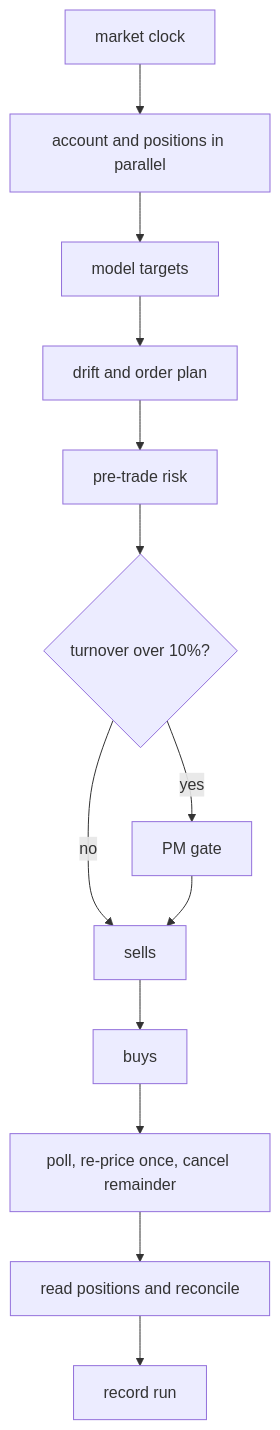
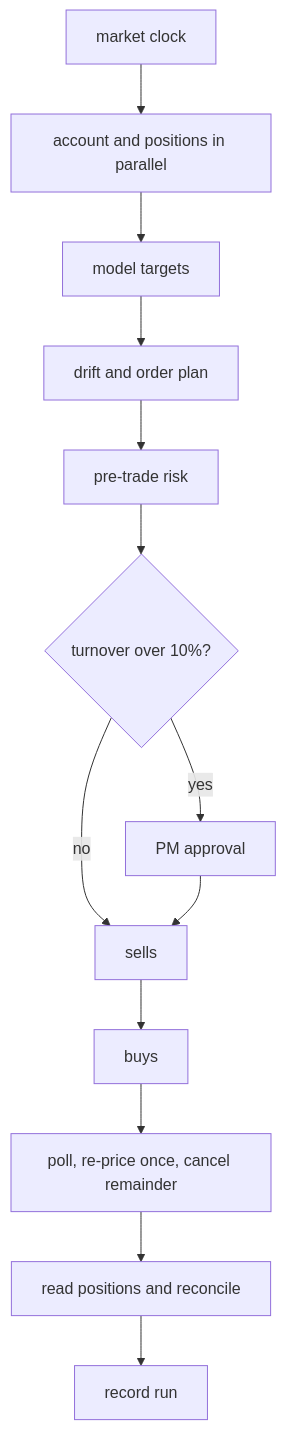
The diagram in docs/trading.md (vedhlabs/sdk-examples), drawn with Mermaid before and after one commit. The commit also changed other lines of this file and 54 other files, not shown here.

````diff
--- a/docs/trading.md
+++ b/docs/trading.md
@@ -24,15 +24,15 @@
 ```mermaid
 flowchart TD
     C[market clock] --> AP[account and positions in parallel]
     AP --> M[model targets]
     M --> P[drift and order plan]
     P --> R[pre-trade risk]
     R --> G{turnover over 10%?}
-    G -->|yes| H[PM gate]
+    G -->|yes| H[PM approval]
     G -->|no| S[sells]
     H --> S
     S --> B[buys]
     B --> F[poll, re-price once, cancel remainder]
     F --> X[read positions and reconcile]
     X --> K[record run]
 ```
````
